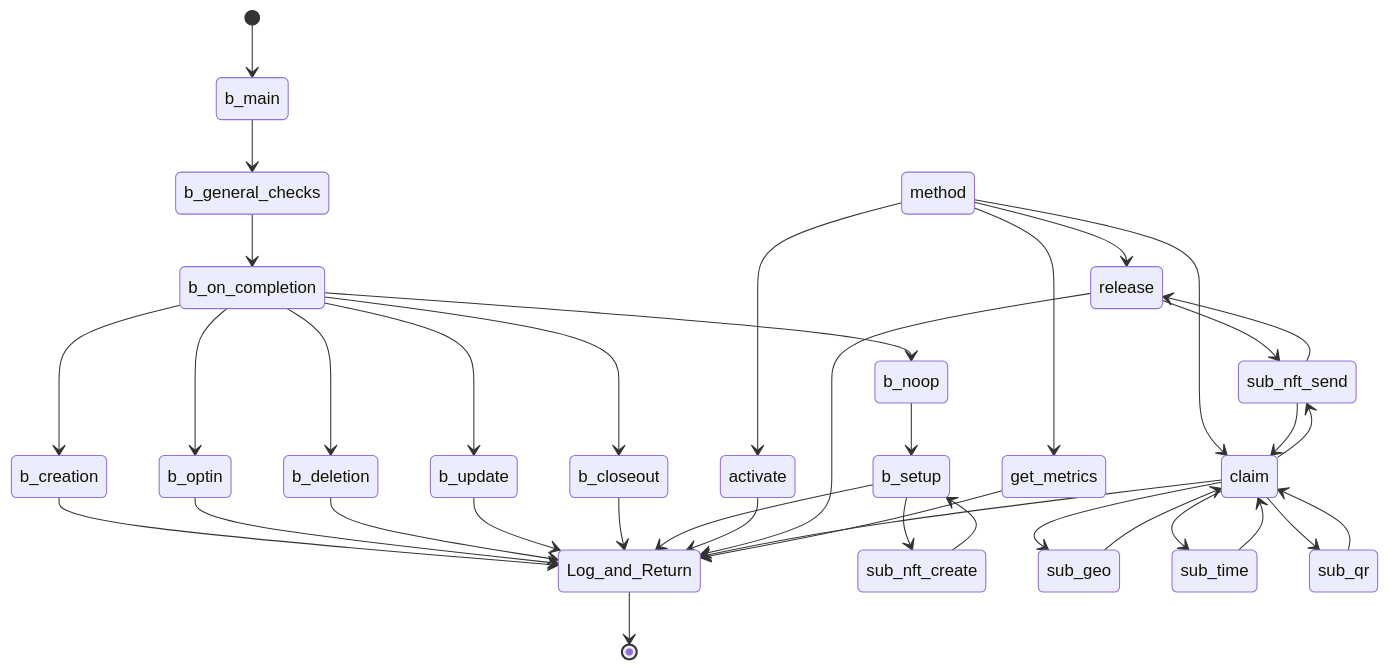
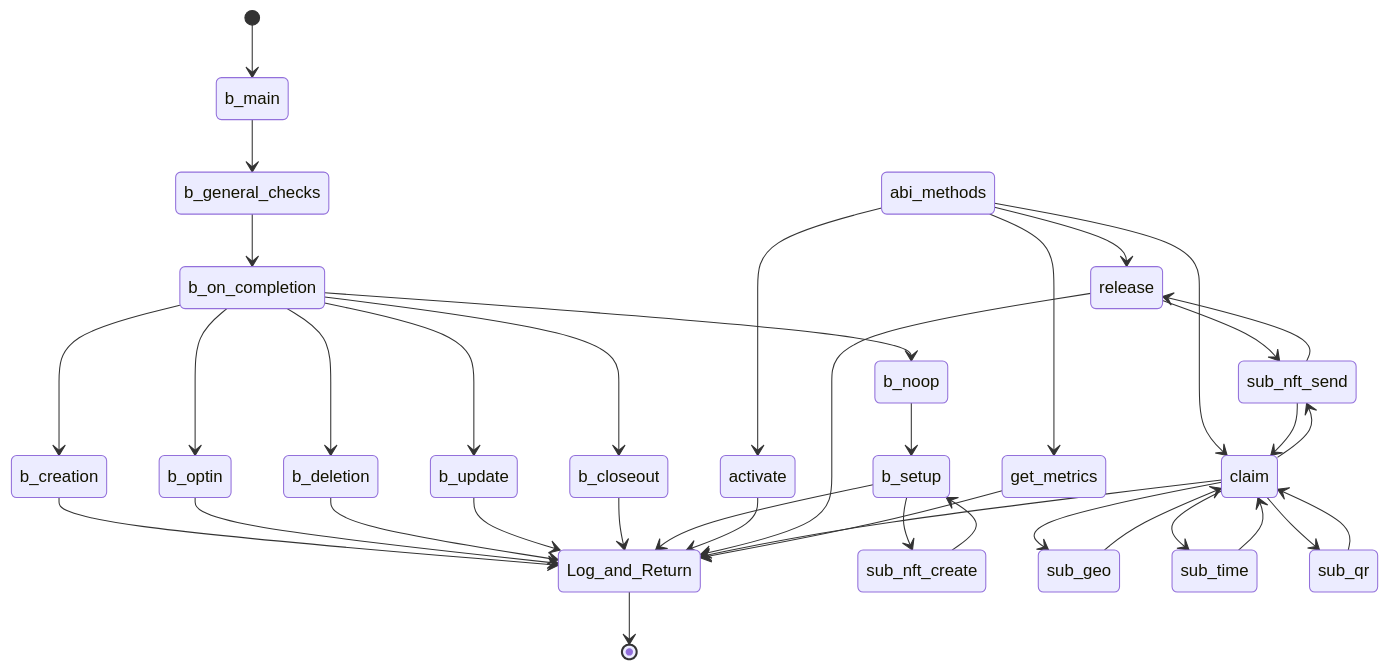
Before and after one commit to GoPlausible/.github: the ninth of 10 diagrams in profile/README.md, drawn with Mermaid. The commit also changed other lines of this file, not shown here.

````diff
--- a/profile/README.md
+++ b/profile/README.md
@@ -302,54 +302,54 @@
 ```mermaid
   stateDiagram-v2
     [*] --> b_main
     b_main --> b_general_checks
     b_general_checks --> b_on_completion
     
     b_on_completion --> b_creation
     b_creation --> Log_and_Return
     b_on_completion --> b_optin
     b_optin --> Log_and_Return
     b_on_completion --> b_deletion
     b_deletion --> Log_and_Return
     b_on_completion --> b_update
     b_update --> Log_and_Return
     b_on_completion --> b_closeout
     b_closeout --> Log_and_Return
 
     b_on_completion --> b_noop
     b_noop --> b_setup
     b_setup --> sub_nft_create
     sub_nft_create --> b_setup
     b_setup --> Log_and_Return
    
 
 
-    method --> activate
+    abi_methods --> activate
     activate --> Log_and_Return
 
-    method --> release
+    abi_methods --> release
     release --> sub_nft_send
     sub_nft_send --> release
     release --> Log_and_Return
 
-    method --> claim
+    abi_methods --> claim
     claim --> sub_geo
     sub_geo --> claim
     claim --> sub_time
     sub_time --> claim
     claim --> sub_qr
     sub_qr --> claim
     claim --> sub_nft_send
     sub_nft_send --> claim
     claim --> Log_and_Return
 
 
     
   
-    method --> get_metrics
+    abi_methods --> get_metrics
     get_metrics --> Log_and_Return
   
     
     Log_and_Return --> [*]
     
 ```
````
